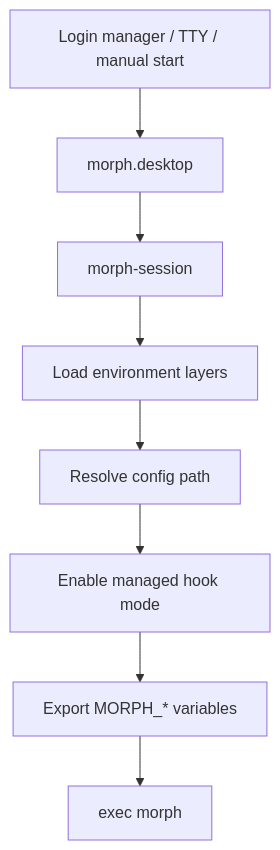
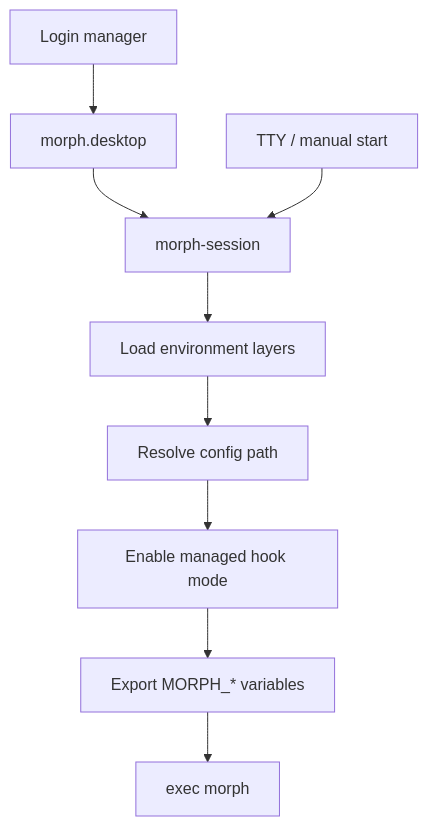
Before and after one commit to Nightshade-DE/Morph: the second of 7 diagrams in docs/OVERVIEW.md, drawn with Mermaid. The commit also changed other lines of this file and 23 other files, not shown here.

````diff
--- a/docs/OVERVIEW.md
+++ b/docs/OVERVIEW.md
@@ -180,13 +184,16 @@
 ```mermaid
 flowchart TD
-    A["Login manager / TTY / manual start"]
+    A["Login manager"]
+    A2["TTY / manual start"]
     B["morph.desktop"]
     C["morph-session"]
     D["Load environment layers"]
     E["Resolve config path"]
     F["Enable managed hook mode"]
     G["Export MORPH_* variables"]
     H["exec morph"]
 
-    A --> B --> C --> D --> E --> F --> G --> H
+    A --> B --> C
+    A2 --> C
+    C --> D --> E --> F --> G --> H
 ```
````
